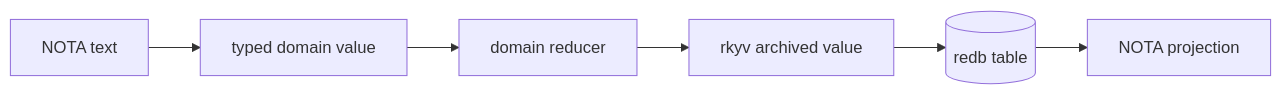
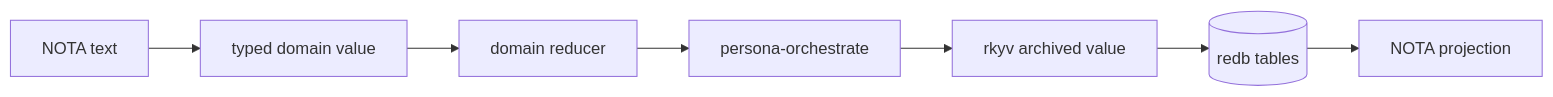
The third of 16 diagrams in reports/operator/9-persona-message-router-architecture.md (LiGoldragon/primary), drawn with Mermaid before and after one commit. The commit also changed other lines of this file, not shown here.

Commit message:
revise Persona database ownership architecture

````diff
--- a/reports/operator/9-persona-message-router-architecture.md
+++ b/reports/operator/9-persona-message-router-architecture.md
@@ -112,15 +113,17 @@
 ```mermaid
 flowchart LR
-    nota[NOTA text]
-    typed[typed domain value]
-    reducer[domain reducer]
-    archive[rkyv archived value]
-    redb[(redb table)]
-    projection[NOTA projection]
+    nota["NOTA text"]
+    typed["typed domain value"]
+    reducer["domain reducer"]
+    orchestrate["persona-orchestrate"]
+    archive["rkyv archived value"]
+    redb[("redb tables")]
+    projection["NOTA projection"]
 
     nota --> typed
     typed --> reducer
-    reducer --> archive
+    reducer --> orchestrate
+    orchestrate --> archive
     archive --> redb
     redb --> projection
 ```
````
